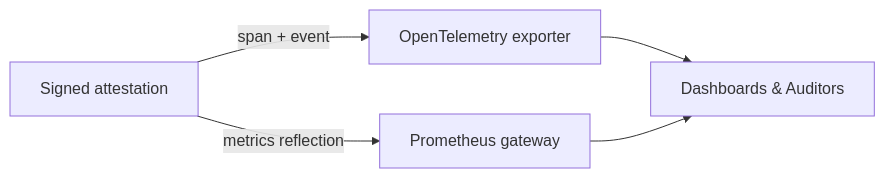
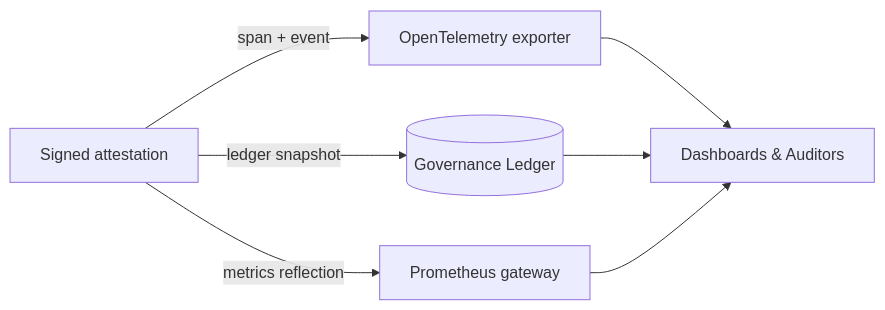
Before and after one commit to MontrealAI/AGI-Alpha-Node-v0: the sixth of 6 diagrams in docs/ens-identity-and-node-attestation-v0.0.1-alpha.md, drawn with Mermaid. The commit also changed other lines of this file, not shown here.

Commit message:
docs: expand ens attestation hyperspec governance controls

````diff
--- a/docs/ens-identity-and-node-attestation-v0.0.1-alpha.md
+++ b/docs/ens-identity-and-node-attestation-v0.0.1-alpha.md
@@ -411,10 +436,12 @@
 ```mermaid
 graph LR
   Attestation[Signed attestation]
   OTel[OpenTelemetry exporter]
   Prom[Prometheus gateway]
+  Ledger[(Governance Ledger)]
   Dashboards[Dashboards & Auditors]
 
   Attestation -->|span + event| OTel --> Dashboards
+  Attestation -->|ledger snapshot| Ledger --> Dashboards
   Attestation -->|metrics reflection| Prom --> Dashboards
 ```
````
